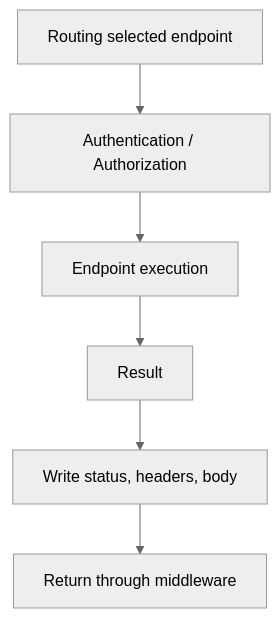
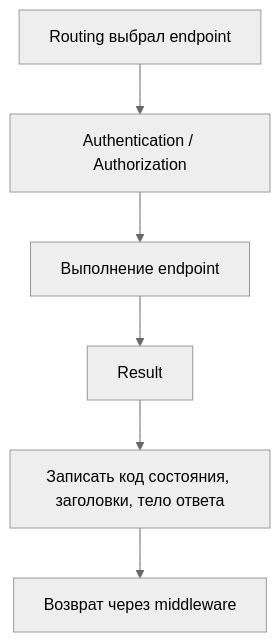
Before and after one commit to EugenTovarchi/Backend-Engineer-Handbook: the diagram in 02_ASPNET_Core_Request_Pipeline/07_Endpoint_Execution.md, drawn with Mermaid (neutral theme). The commit also changed other lines of this file and 11 other files, not shown here.

````diff
--- a/02_ASPNET_Core_Request_Pipeline/07_Endpoint_Execution.md
+++ b/02_ASPNET_Core_Request_Pipeline/07_Endpoint_Execution.md
@@ -233,8 +233,8 @@
 ```mermaid
 flowchart TD
-    Routing[Routing selected endpoint] --> Auth[Authentication / Authorization]
-    Auth --> Execute[Endpoint execution]
+    Routing[Routing выбрал endpoint] --> Auth[Authentication / Authorization]
+    Auth --> Execute[Выполнение endpoint]
     Execute --> Result[Result]
-    Result --> Response[Write status, headers, body]
-    Response --> Back[Return through middleware]
+    Result --> Response[Записать код состояния, заголовки, тело ответа]
+    Response --> Back[Возврат через middleware]
 ```
````
